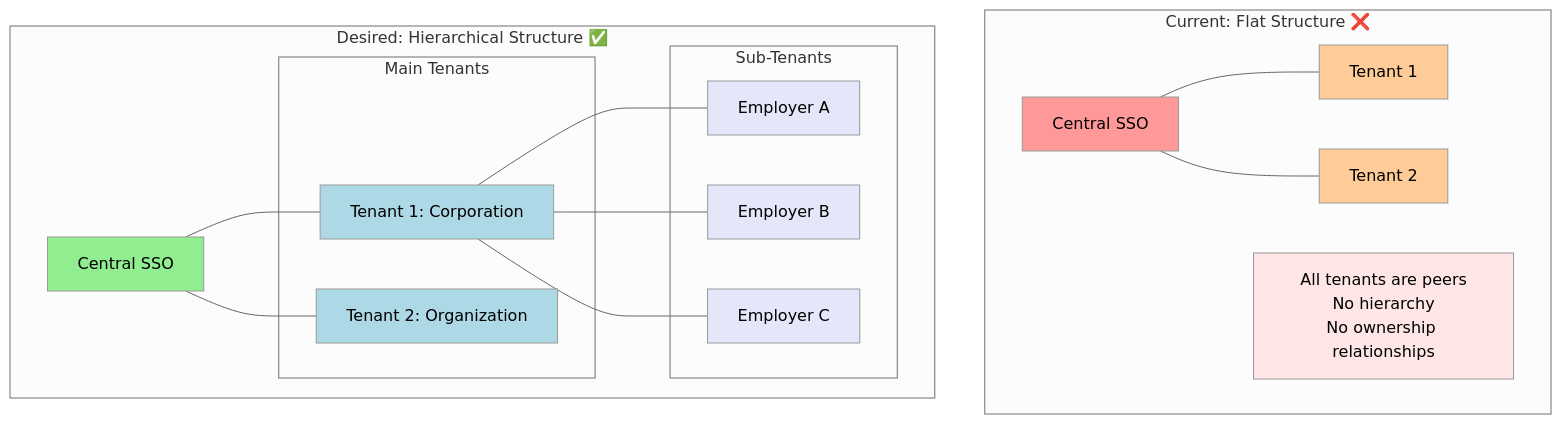
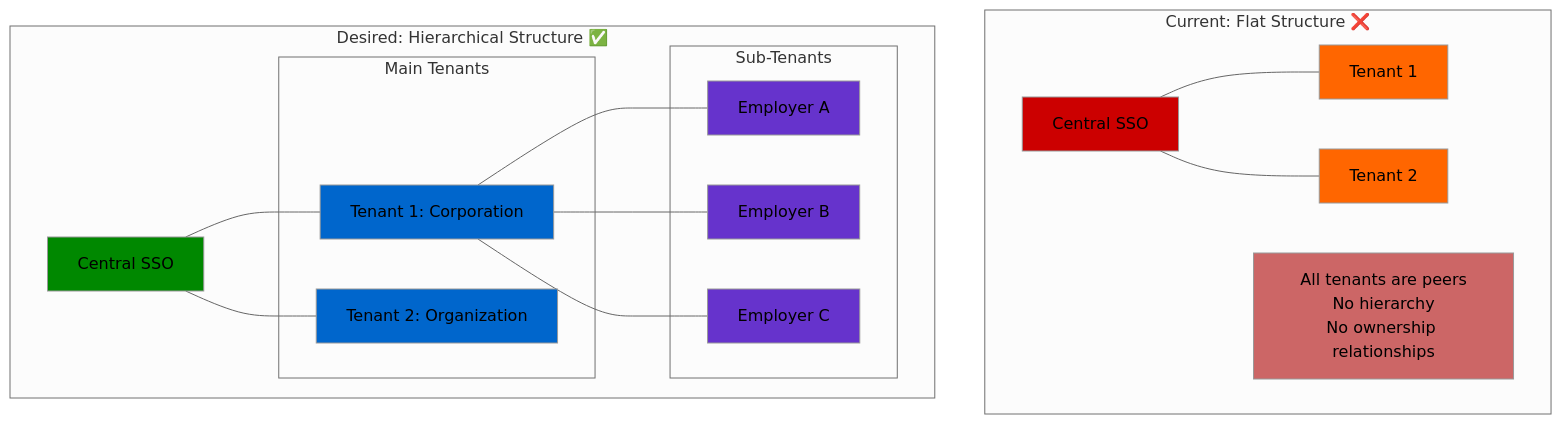
The tenth of 21 diagrams in docs/architecture/challenges-and-solutions.md (hi-dil/SSO-POC), drawn with Mermaid (neutral theme) before and after one commit. The commit also changed other lines of this file, not shown here.

````diff
--- a/docs/architecture/challenges-and-solutions.md
+++ b/docs/architecture/challenges-and-solutions.md
@@ -323,46 +320,46 @@
 ```mermaid
 graph TB
     subgraph "Current: Flat Structure ❌"
         SSO1[Central SSO]
         T1_CURR[Tenant 1]
         T2_CURR[Tenant 2]
         
         SSO1 --- T1_CURR
         SSO1 --- T2_CURR
         
         Note1[All tenants are peers<br/>No hierarchy<br/>No ownership relationships]
     end
     
     subgraph "Desired: Hierarchical Structure ✅"
         SSO2[Central SSO]
         
         subgraph "Main Tenants"
             T1_NEW[Tenant 1: Corporation]
             T2_NEW[Tenant 2: Organization]
         end
         
         subgraph "Sub-Tenants"
             ST1[Employer A]
             ST2[Employer B]
             ST3[Employer C]
         end
         
         SSO2 --- T1_NEW
         SSO2 --- T2_NEW
         T1_NEW --- ST1
         T1_NEW --- ST2
         T1_NEW --- ST3
     end
     
-    style SSO1 fill:#ff9999
-    style T1_CURR fill:#ffcc99
-    style T2_CURR fill:#ffcc99
-    style Note1 fill:#ffe6e6
+    style SSO1 fill:#cc0000
+    style T1_CURR fill:#ff6600
+    style T2_CURR fill:#ff6600
+    style Note1 fill:#cc6666
     
-    style SSO2 fill:#90EE90
-    style T1_NEW fill:#ADD8E6
-    style T2_NEW fill:#ADD8E6
-    style ST1 fill:#E6E6FA
-    style ST2 fill:#E6E6FA
-    style ST3 fill:#E6E6FA
+    style SSO2 fill:#008800
+    style T1_NEW fill:#0066cc
+    style T2_NEW fill:#0066cc
+    style ST1 fill:#6633cc
+    style ST2 fill:#6633cc
+    style ST3 fill:#6633cc
 ```
````
